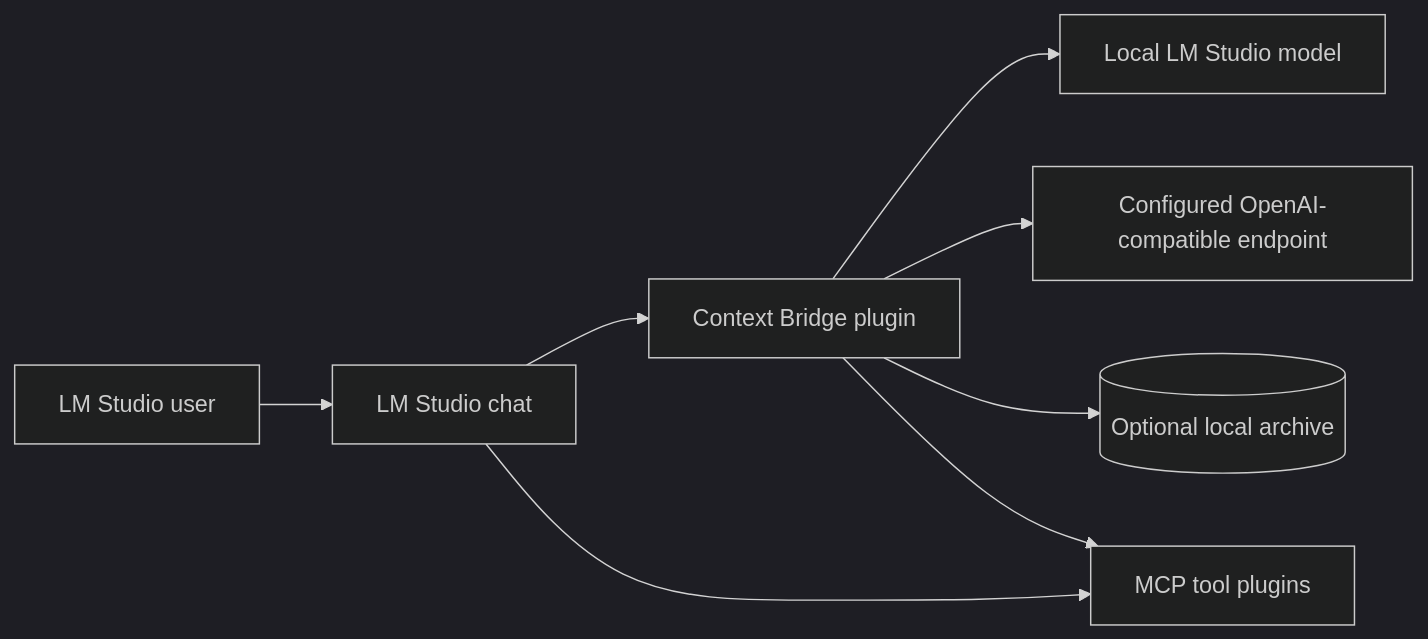
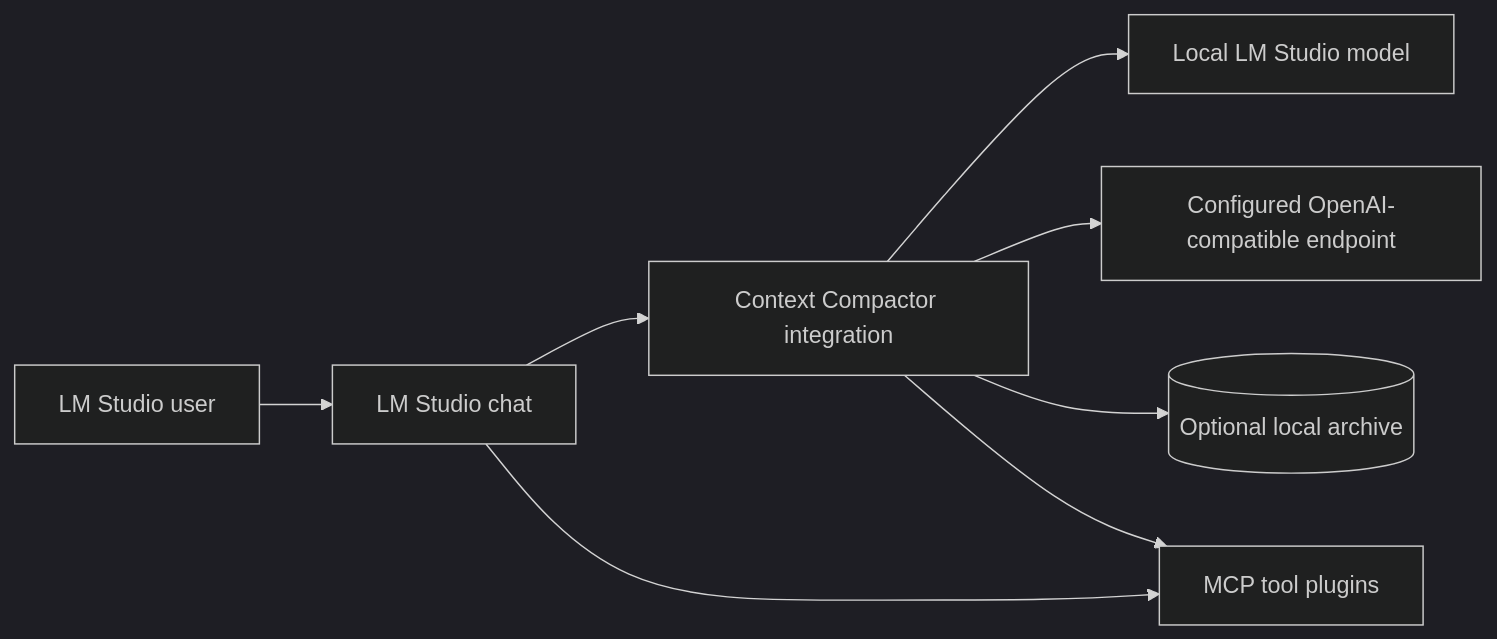
The diagram in docs/architecture/system-context.md (dandyArise/context-bridge), drawn with Mermaid (dark theme) before and after one commit. The commit also changed 18 other files, not shown here.

````diff
--- a/docs/architecture/system-context.md
+++ b/docs/architecture/system-context.md
@@ -3,10 +3,10 @@
 ```mermaid
 flowchart LR
   User[LM Studio user] --> LMS[LM Studio chat]
-  LMS --> Plugin[Context Bridge plugin]
+  LMS --> Plugin[Context Compactor integration]
   Plugin --> Local[Local LM Studio model]
   Plugin --> External[Configured OpenAI-compatible endpoint]
   Plugin --> Archive[(Optional local archive)]
   LMS --> MCP[MCP tool plugins]
   Plugin --> MCP
 ```
````
